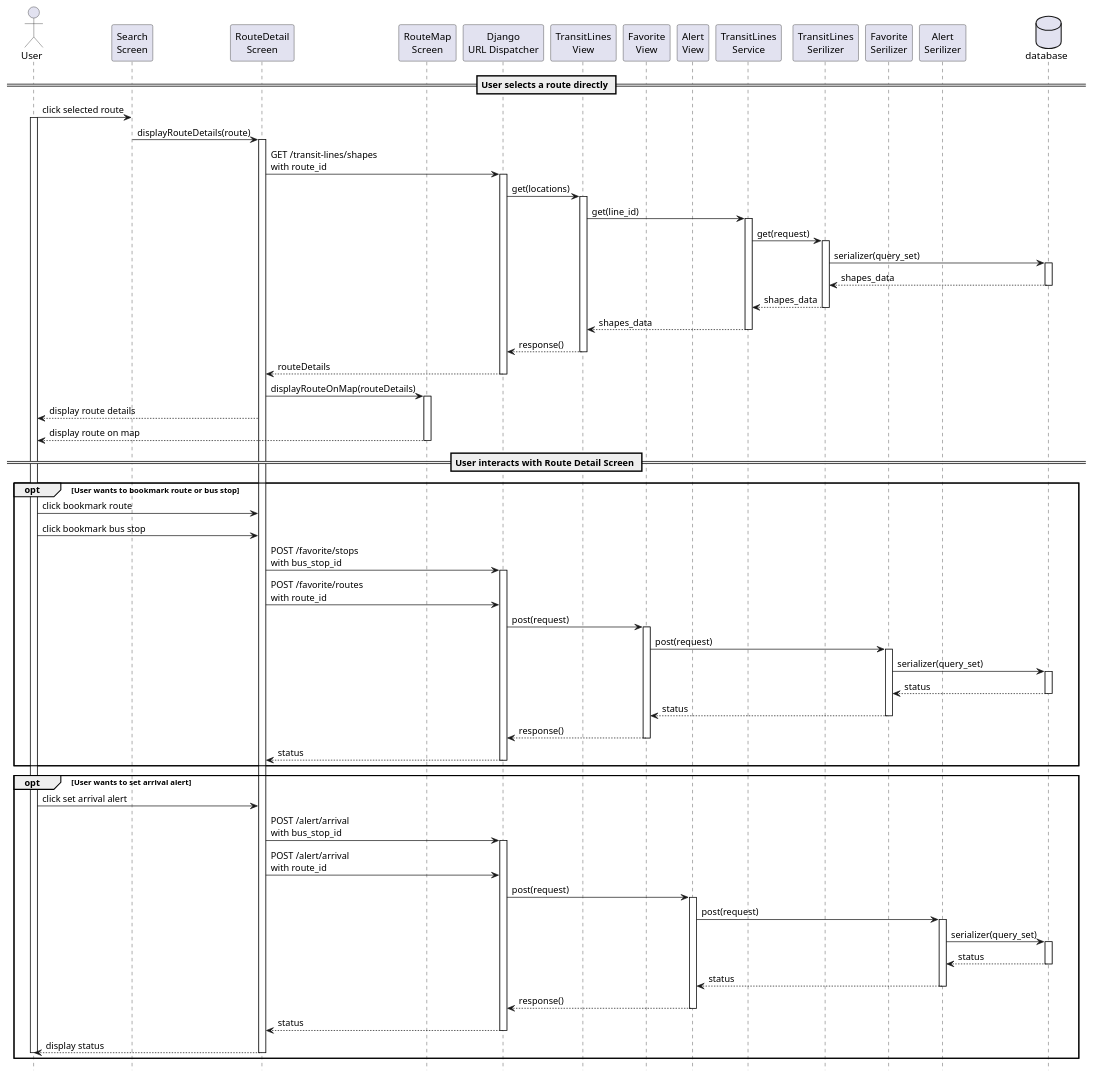
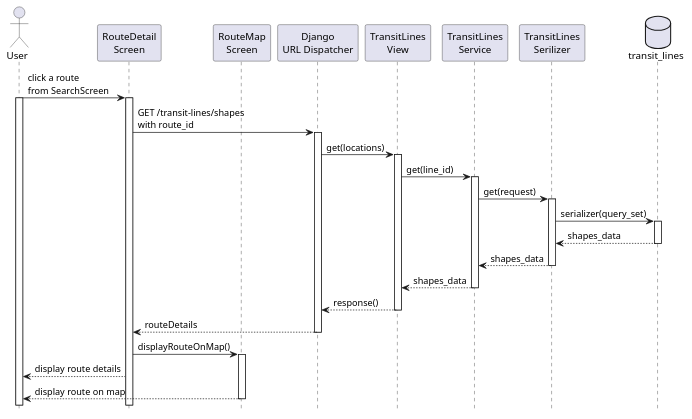
Before and after one commit to KMITL-BusBuddy/diagram: the diagram in information_after_search/route_detail.puml, drawn with PlantUML. The commit also changed 8 other files, not shown here.

Commit message:
modular diagram

```diff
--- a/information_after_search/route_detail.puml
+++ b/information_after_search/route_detail.puml
@@ -1,107 +1,103 @@
 @startuml route_detail
 
 hide footbox
 
 actor User
-participant "Search\nScreen" as SearchScreen
 participant "RouteDetail\nScreen" as RouteDetailScreen
 participant "RouteMap\nScreen" as RouteMapScreen
 participant "Django\nURL Dispatcher" as API
 participant "TransitLines\nView" as view_lines
-participant "Favorite\nView" as view_favorite
-participant "Alert\nView" as view_alert
 participant "TransitLines\nService" as service_lines
 participant "TransitLines\nSerilizer" as serializer_lines
-participant "Favorite\nSerilizer" as serializer_favorite
-participant "Alert\nSerilizer" as serializer_alert
-database "database" as db
+database "transit_lines" as table
 
 
-== User selects a route directly ==
-User -> SearchScreen : click selected route
+User -> RouteDetailScreen : click a route \nfrom SearchScreen
 activate User
-SearchScreen -> RouteDetailScreen : displayRouteDetails(route)
 activate RouteDetailScreen
 RouteDetailScreen -> API : GET /transit-lines/shapes \nwith route_id
 activate API
 
 ' API Call
 API -> view_lines: get(locations)
 activate view_lines
 view_lines -> service_lines: get(line_id)
 activate service_lines
 service_lines -> serializer_lines: get(request)
 activate serializer_lines
-serializer_lines -> db: serializer(query_set)
-activate db
-db --> serializer_lines: shapes_data
-deactivate db
+serializer_lines -> table: serializer(query_set)
+activate table
+table --> serializer_lines: shapes_data
+deactivate table
 serializer_lines --> service_lines: shapes_data
 deactivate serializer_lines
 service_lines --> view_lines: shapes_data
 deactivate service_lines
 view_lines --> API: response()
 deactivate view_lines 
 
 ' API Response
 API --> RouteDetailScreen: routeDetails
 deactivate API
-RouteDetailScreen -> RouteMapScreen : displayRouteOnMap(routeDetails)
+RouteDetailScreen -> RouteMapScreen : displayRouteOnMap()
 activate RouteMapScreen
 RouteDetailScreen --> User : display route details
 RouteMapScreen --> User : display route on map
 deactivate RouteMapScreen
 
-== User interacts with Route Detail Screen ==
-opt User wants to bookmark route or bus stop
-    User -> RouteDetailScreen : click bookmark route
-    User -> RouteDetailScreen : click bookmark bus stop
-    RouteDetailScreen -> API : POST /favorite/stops \nwith bus_stop_id
-    activate API
-    RouteDetailScreen -> API : POST /favorite/routes \nwith route_id
-    API -> view_favorite: post(request)
-    activate view_favorite
-    view_favorite -> serializer_favorite: post(request)
-    activate serializer_favorite
-    serializer_favorite -> db: serializer(query_set)
-    activate db
-    db --> serializer_favorite: status
-    deactivate db
-    serializer_favorite --> view_favorite: status
-    deactivate serializer_favorite
-    view_favorite --> API: response()
-    deactivate view_favorite
-    API --> RouteDetailScreen: status
-    deactivate API
-end
 
-opt User wants to set arrival alert
-    User -> RouteDetailScreen : click set arrival alert
-    RouteDetailScreen -> API : POST /alert/arrival \nwith bus_stop_id
-    activate API
-    RouteDetailScreen -> API : POST /alert/arrival \nwith route_id
-    API -> view_alert: post(request)
-    activate view_alert
-    view_alert -> serializer_alert: post(request)
-    activate serializer_alert
-    serializer_alert -> db: serializer(query_set)
-    activate db
-    db --> serializer_alert: status
-    deactivate db
-    serializer_alert --> view_alert: status
-    deactivate serializer_alert
-    view_alert --> API: response()
-    deactivate view_alert
-    API --> RouteDetailScreen: status
-    deactivate API
-    RouteDetailScreen --> User : display status
-    deactivate RouteDetailScreen
-    deactivate User
-end
+' opt User wants to bookmark route or bus stop
+'     alt User wants to bookmark route
+'         User -> RouteDetailScreen : click bookmark route
+'         RouteDetailScreen -> API : POST /favorite/routes \nwith route_id
+'         activate API
+'     else User wants to bookmark bus stop
+'         User -> RouteDetailScreen : click bookmark bus stop
+'         RouteDetailScreen -> API : POST /favorite/stops \nwith bus_stop_id
+'     end
+'     API -> view_favorite: post(request)
+'     activate view_favorite
+'     view_favorite -> serializer_favorite: post(request)
+'     activate serializer_favorite
+'     serializer_favorite -> table: serializer(query_set)
+'     activate table
+'     table --> serializer_favorite: status
+'     deactivate table
+'     serializer_favorite --> view_favorite: status
+'     deactivate serializer_favorite
+'     view_favorite --> API: response()
+'     deactivate view_favorite
+'     API --> RouteDetailScreen: status
+'     deactivate API
+' end
+
+' opt User wants to set arrival alert
+'     User -> RouteDetailScreen : click set arrival alert
+'     RouteDetailScreen -> API : POST /alert/arrival \nwith bus_stop_id
+'     activate API
+'     RouteDetailScreen -> API : POST /alert/arrival \nwith route_id
+'     API -> view_alert: post(request)
+'     activate view_alert
+'     view_alert -> serializer_alert: post(request)
+'     activate serializer_alert
+'     serializer_alert -> table: serializer(query_set)
+'     activate table
+'     table --> serializer_alert: status
+'     deactivate table
+'     serializer_alert --> view_alert: status
+'     deactivate serializer_alert
+'     view_alert --> API: response()
+'     deactivate view_alert
+'     API --> RouteDetailScreen: status
+'     deactivate API
+'     RouteDetailScreen --> User : display status
+'     deactivate RouteDetailScreen
+'     deactivate User
+' end
 
 ' User -> RouteDetailScreen : clickFindNearbyBusRoute()
 ' RouteDetailScreen -> API : findNearbyBusRoute(userLocation)
 ' API -> RouteDetailScreen : returnNearbyBusRoute(busRouteDetails)
 ' RouteDetailScreen -> User : displayNearbyBusRoute(busRouteDetails)
 
 @enduml
```
